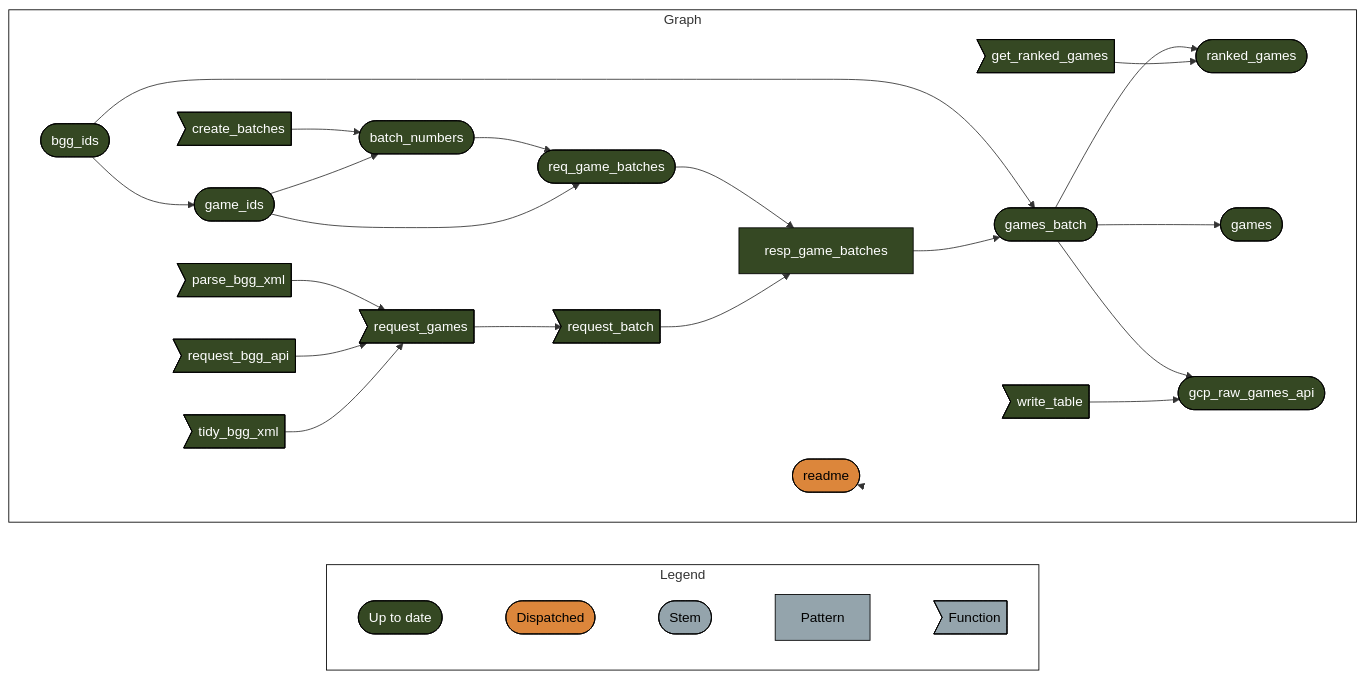
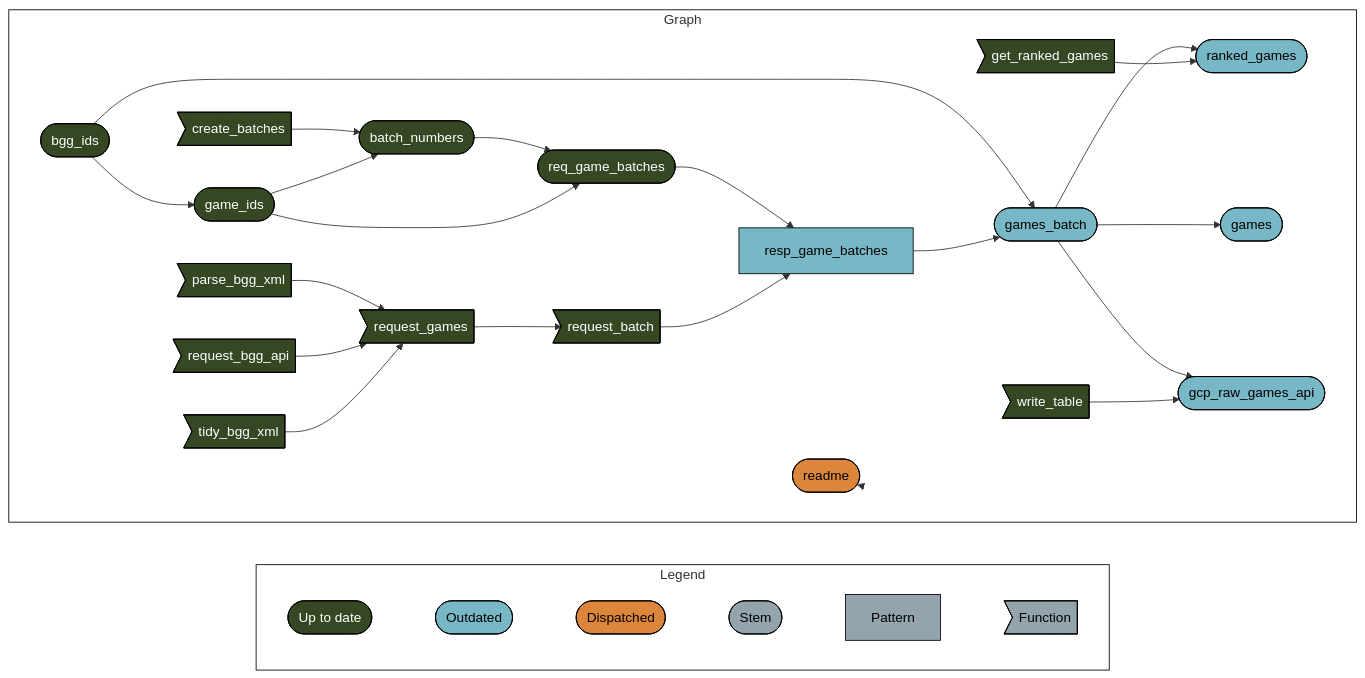
One commit to phenrickson/bgg_data changed the diagram in README.md. Above: the diagram before and after it, drawn with Mermaid. The commit also changed 1 other file, not shown here.

Commit message:
updated targets run

````diff
--- a/README.md
+++ b/README.md
@@ -19,42 +19,45 @@
 ``` mermaid
 graph LR
   style Legend fill:#FFFFFF00,stroke:#000000;
   style Graph fill:#FFFFFF00,stroke:#000000;
   subgraph Legend
     direction LR
-    xf1522833a4d242c5([""Up to date""]):::uptodate --- xb6630624a7b3aa0f([""Dispatched""]):::dispatched
+    xf1522833a4d242c5([""Up to date""]):::uptodate --- x2db1ec7a48f65a9b([""Outdated""]):::outdated
+    x2db1ec7a48f65a9b([""Outdated""]):::outdated --- xb6630624a7b3aa0f([""Dispatched""]):::dispatched
     xb6630624a7b3aa0f([""Dispatched""]):::dispatched --- xd03d7c7dd2ddda2b([""Stem""]):::none
     xd03d7c7dd2ddda2b([""Stem""]):::none --- x6f7e04ea3427f824[""Pattern""]:::none
     x6f7e04ea3427f824[""Pattern""]:::none --- xeb2d7cac8a1ce544>""Function""]:::none
   end
   subgraph Graph
     direction LR
     xf9107f40574e0688>"parse_bgg_xml"]:::uptodate --> xb7d8ed75429dd2d3>"request_games"]:::uptodate
     xfa47bc4f9b7ff9d4>"request_bgg_api"]:::uptodate --> xb7d8ed75429dd2d3>"request_games"]:::uptodate
     x7df7644c63b276a4>"tidy_bgg_xml"]:::uptodate --> xb7d8ed75429dd2d3>"request_games"]:::uptodate
     xb7d8ed75429dd2d3>"request_games"]:::uptodate --> x2fa7a9263b0c6d5b>"request_batch"]:::uptodate
     xba75b35d0a8e6e78(["batch_numbers"]):::uptodate --> x3b8eb25aed2fb160(["req_game_batches"]):::uptodate
     x2d4f1c2653f94fa0(["game_ids"]):::uptodate --> x3b8eb25aed2fb160(["req_game_batches"]):::uptodate
-    x9dece1c65ecb5028(["games_batch"]):::uptodate --> xbfb25272bc64f3d1(["ranked_games"]):::uptodate
-    x2cf794a60330f53b>"get_ranked_games"]:::uptodate --> xbfb25272bc64f3d1(["ranked_games"]):::uptodate
-    x9dece1c65ecb5028(["games_batch"]):::uptodate --> x574e5c623f867900(["games"]):::uptodate
+    x9dece1c65ecb5028(["games_batch"]):::outdated --> xbfb25272bc64f3d1(["ranked_games"]):::outdated
+    x2cf794a60330f53b>"get_ranked_games"]:::uptodate --> xbfb25272bc64f3d1(["ranked_games"]):::outdated
+    x9dece1c65ecb5028(["games_batch"]):::outdated --> x574e5c623f867900(["games"]):::outdated
     xac4cca784f3ed72c(["bgg_ids"]):::uptodate --> x2d4f1c2653f94fa0(["game_ids"]):::uptodate
     x7dbf8de746cff5f0>"create_batches"]:::uptodate --> xba75b35d0a8e6e78(["batch_numbers"]):::uptodate
     x2d4f1c2653f94fa0(["game_ids"]):::uptodate --> xba75b35d0a8e6e78(["batch_numbers"]):::uptodate
-    xac4cca784f3ed72c(["bgg_ids"]):::uptodate --> x9dece1c65ecb5028(["games_batch"]):::uptodate
-    x52391527f3798836["resp_game_batches"]:::uptodate --> x9dece1c65ecb5028(["games_batch"]):::uptodate
-    x3b8eb25aed2fb160(["req_game_batches"]):::uptodate --> x52391527f3798836["resp_game_batches"]:::uptodate
-    x2fa7a9263b0c6d5b>"request_batch"]:::uptodate --> x52391527f3798836["resp_game_batches"]:::uptodate
-    x9dece1c65ecb5028(["games_batch"]):::uptodate --> xfee87d03ded1f217(["gcp_raw_games_api"]):::uptodate
-    x82de3cade2b2f46e>"write_table"]:::uptodate --> xfee87d03ded1f217(["gcp_raw_games_api"]):::uptodate
+    xac4cca784f3ed72c(["bgg_ids"]):::uptodate --> x9dece1c65ecb5028(["games_batch"]):::outdated
+    x52391527f3798836["resp_game_batches"]:::outdated --> x9dece1c65ecb5028(["games_batch"]):::outdated
+    x3b8eb25aed2fb160(["req_game_batches"]):::uptodate --> x52391527f3798836["resp_game_batches"]:::outdated
+    x2fa7a9263b0c6d5b>"request_batch"]:::uptodate --> x52391527f3798836["resp_game_batches"]:::outdated
+    x9dece1c65ecb5028(["games_batch"]):::outdated --> xfee87d03ded1f217(["gcp_raw_games_api"]):::outdated
+    x82de3cade2b2f46e>"write_table"]:::uptodate --> xfee87d03ded1f217(["gcp_raw_games_api"]):::outdated
     xc11069275cfeb620(["readme"]):::dispatched --> xc11069275cfeb620(["readme"]):::dispatched
   end
   classDef uptodate stroke:#000000,color:#ffffff,fill:#354823;
+  classDef outdated stroke:#000000,color:#000000,fill:#78B7C5;
   classDef dispatched stroke:#000000,color:#000000,fill:#DC863B;
   classDef none stroke:#000000,color:#000000,fill:#94a4ac;
   linkStyle 0 stroke-width:0px;
   linkStyle 1 stroke-width:0px;
   linkStyle 2 stroke-width:0px;
   linkStyle 3 stroke-width:0px;
-  linkStyle 22 stroke-width:0px;
+  linkStyle 4 stroke-width:0px;
+  linkStyle 23 stroke-width:0px;
 ```
````
